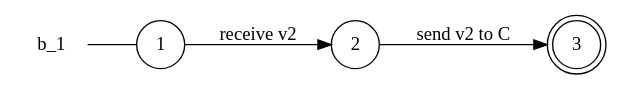
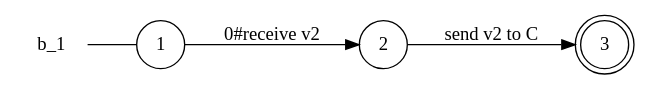
The diagram in examples/trick/b_1_local_view.dot (gabrielegenovese/chorer), drawn with Graphviz before and after one commit. The commit also changed 60 other files, not shown here.

```diff
--- a/examples/trick/b_1_local_view.dot
+++ b/examples/trick/b_1_local_view.dot
@@ -1,11 +1,11 @@
 digraph b_1 {
 	rankdir="LR";
 	n_0 [label="b_1", shape="plaintext"];
 	n_1 [id="1", shape=circle, label="1"];
 	n_0 -> n_1 [arrowhead=none];
 	n_2 [id="2", shape=circle, label="2"];
 	n_3 [id="3", shape=doublecircle, label="3"];
 
-	n_2 -> n_3 [id="[$e|0]", label="send v2 to C"];
-	n_1 -> n_2 [id="[$e|1]", label="receive v2"];
+	n_1 -> n_2 [id="[$e|0]", label="0#receive v2"];
+	n_2 -> n_3 [id="[$e|1]", label="send v2 to C"];
 }
```
